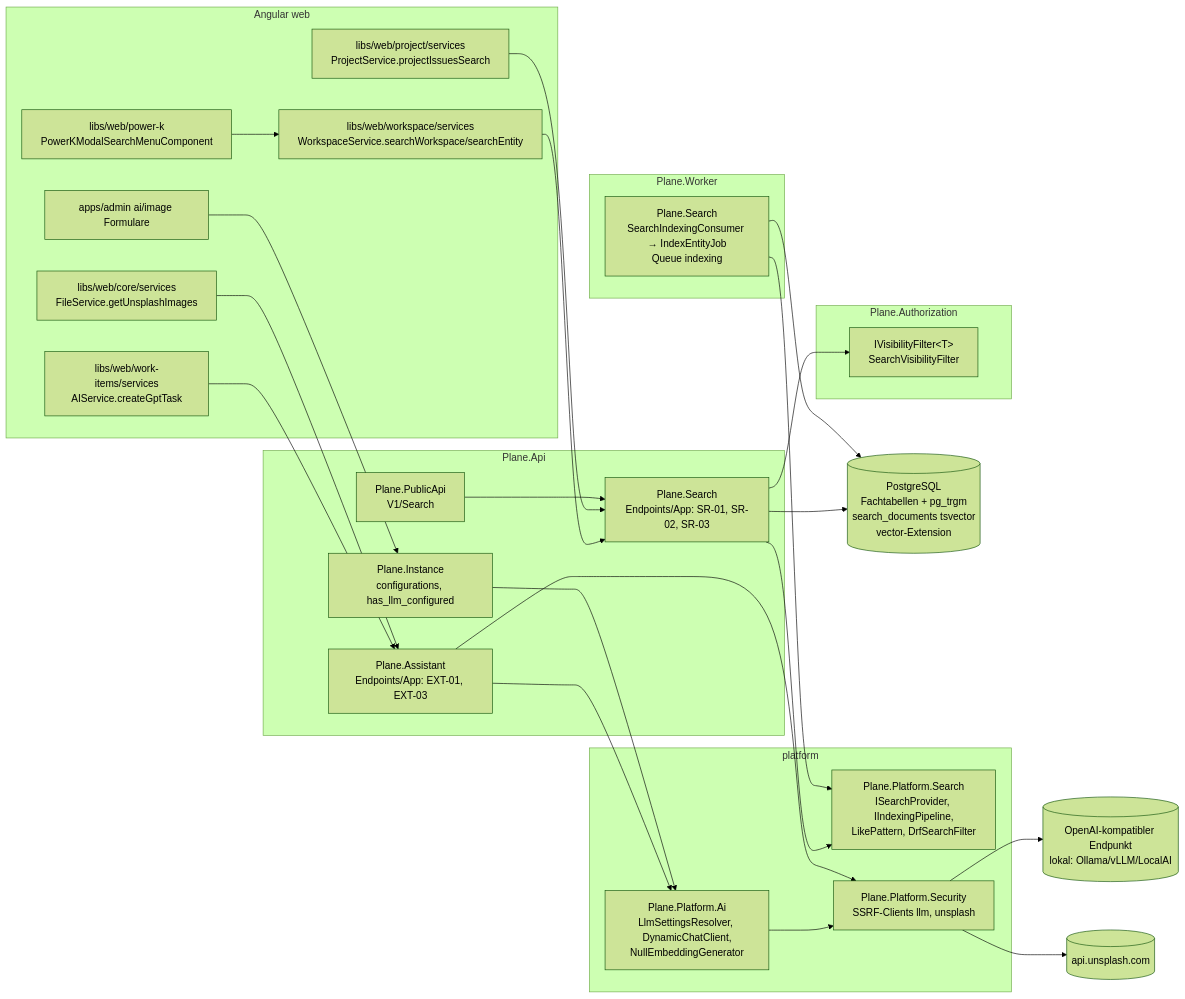
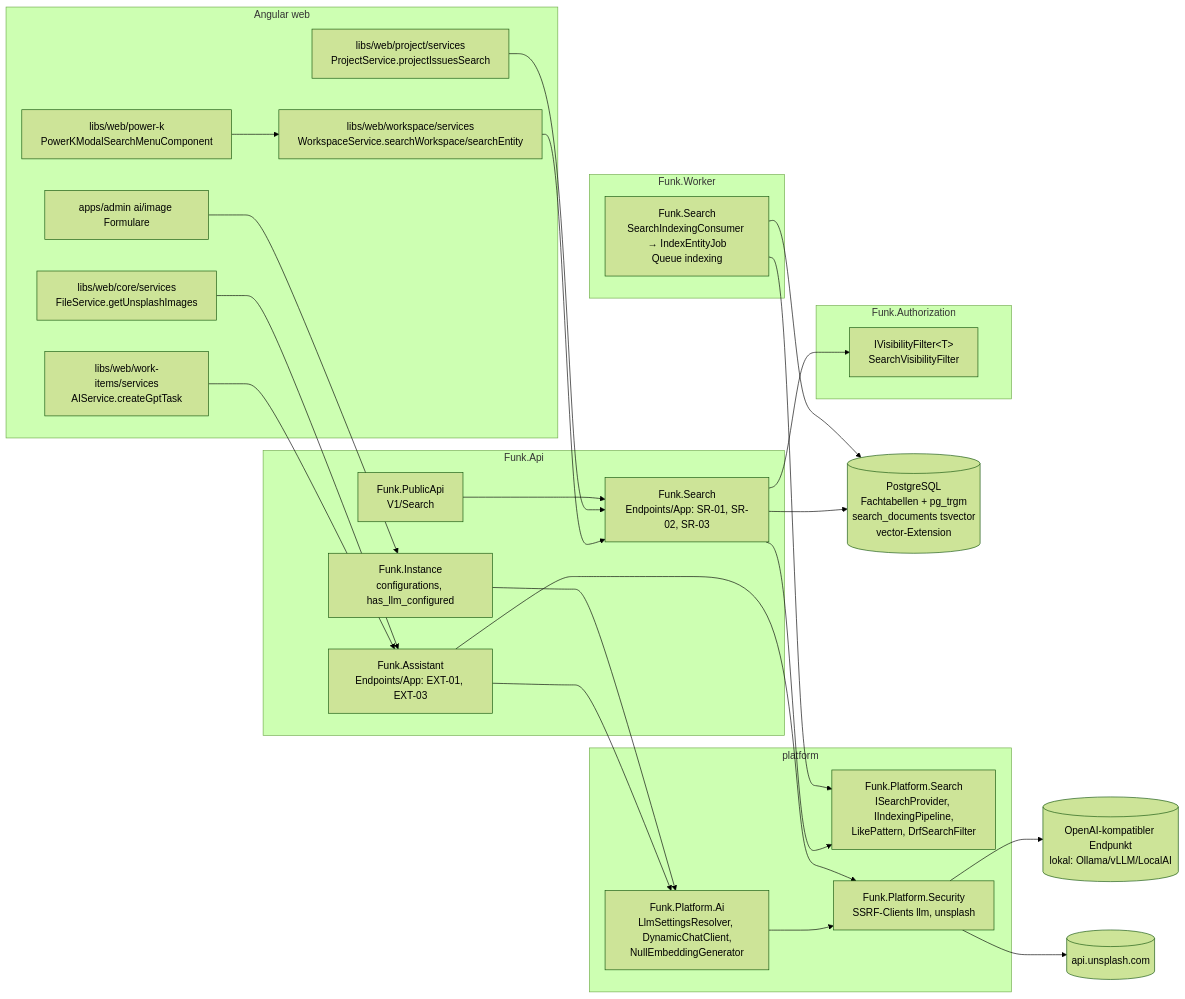
Before and after one commit to mlwr/plane: the first of 3 diagrams in migration/architecture/11-suche-und-ai-basis.md, drawn with Mermaid (forest theme). The commit also changed other lines of this file and 27 other files, not shown here.

First line of the commit message:
docs(migration): rename target identifiers to funk in architecture and plan docs

````diff
--- a/migration/architecture/11-suche-und-ai-basis.md
+++ b/migration/architecture/11-suche-und-ai-basis.md
@@ -123,45 +123,45 @@
 ```mermaid
 flowchart LR
   subgraph FE[Angular web]
     PK[libs/web/power-k<br/>PowerKModalSearchMenuComponent]
     WS[libs/web/workspace/services<br/>WorkspaceService.searchWorkspace/searchEntity]
     PS[libs/web/project/services<br/>ProjectService.projectIssuesSearch]
     AIS[libs/web/work-items/services<br/>AIService.createGptTask]
     FS[libs/web/core/services<br/>FileService.getUnsplashImages]
     ADM[apps/admin ai/image Formulare]
   end
-  subgraph API[Plane.Api]
-    SE[Plane.Search<br/>Endpoints/App: SR-01, SR-02, SR-03]
-    PA[Plane.PublicApi<br/>V1/Search]
-    AS[Plane.Assistant<br/>Endpoints/App: EXT-01, EXT-03]
-    INS[Plane.Instance<br/>configurations, has_llm_configured]
+  subgraph API[Funk.Api]
+    SE[Funk.Search<br/>Endpoints/App: SR-01, SR-02, SR-03]
+    PA[Funk.PublicApi<br/>V1/Search]
+    AS[Funk.Assistant<br/>Endpoints/App: EXT-01, EXT-03]
+    INS[Funk.Instance<br/>configurations, has_llm_configured]
   end
   subgraph PLAT[platform]
-    PSR[Plane.Platform.Search<br/>ISearchProvider, IIndexingPipeline,<br/>LikePattern, DrfSearchFilter]
-    PAI[Plane.Platform.Ai<br/>LlmSettingsResolver, DynamicChatClient,<br/>NullEmbeddingGenerator]
-    SEC[Plane.Platform.Security<br/>SSRF-Clients llm, unsplash]
+    PSR[Funk.Platform.Search<br/>ISearchProvider, IIndexingPipeline,<br/>LikePattern, DrfSearchFilter]
+    PAI[Funk.Platform.Ai<br/>LlmSettingsResolver, DynamicChatClient,<br/>NullEmbeddingGenerator]
+    SEC[Funk.Platform.Security<br/>SSRF-Clients llm, unsplash]
   end
-  subgraph AUTHZ[Plane.Authorization]
+  subgraph AUTHZ[Funk.Authorization]
     VIS[IVisibilityFilter&lt;T&gt;<br/>SearchVisibilityFilter]
   end
-  subgraph W[Plane.Worker]
-    IDX[Plane.Search<br/>SearchIndexingConsumer → IndexEntityJob<br/>Queue indexing]
+  subgraph W[Funk.Worker]
+    IDX[Funk.Search<br/>SearchIndexingConsumer → IndexEntityJob<br/>Queue indexing]
   end
   DB[(PostgreSQL<br/>Fachtabellen + pg_trgm<br/>search_documents tsvector<br/>vector-Extension)]
   LLM[(OpenAI-kompatibler Endpunkt<br/>lokal: Ollama/vLLM/LocalAI)]
   UNS[(api.unsplash.com)]
   PK --> WS --> SE
   PS --> SE
   AIS --> AS
   FS --> AS
   ADM --> INS
   PA --> SE
   SE --> PSR
   SE --> VIS
   SE --> DB
   IDX --> PSR
   IDX --> DB
   AS --> PAI --> SEC --> LLM
   AS --> SEC --> UNS
   INS --> PAI
 ```
````
